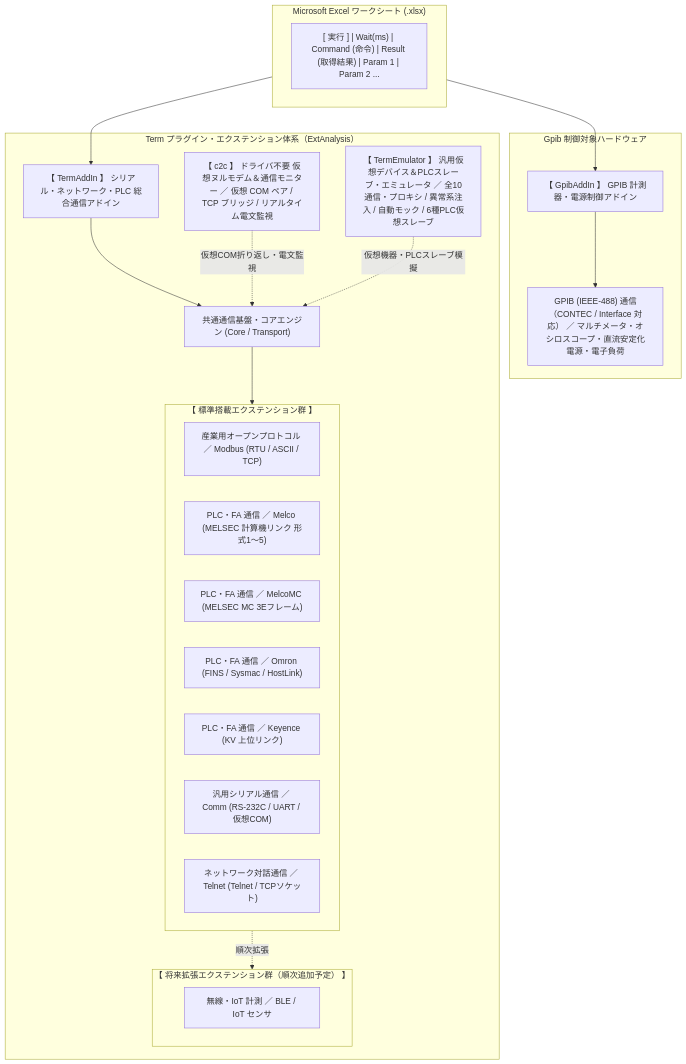
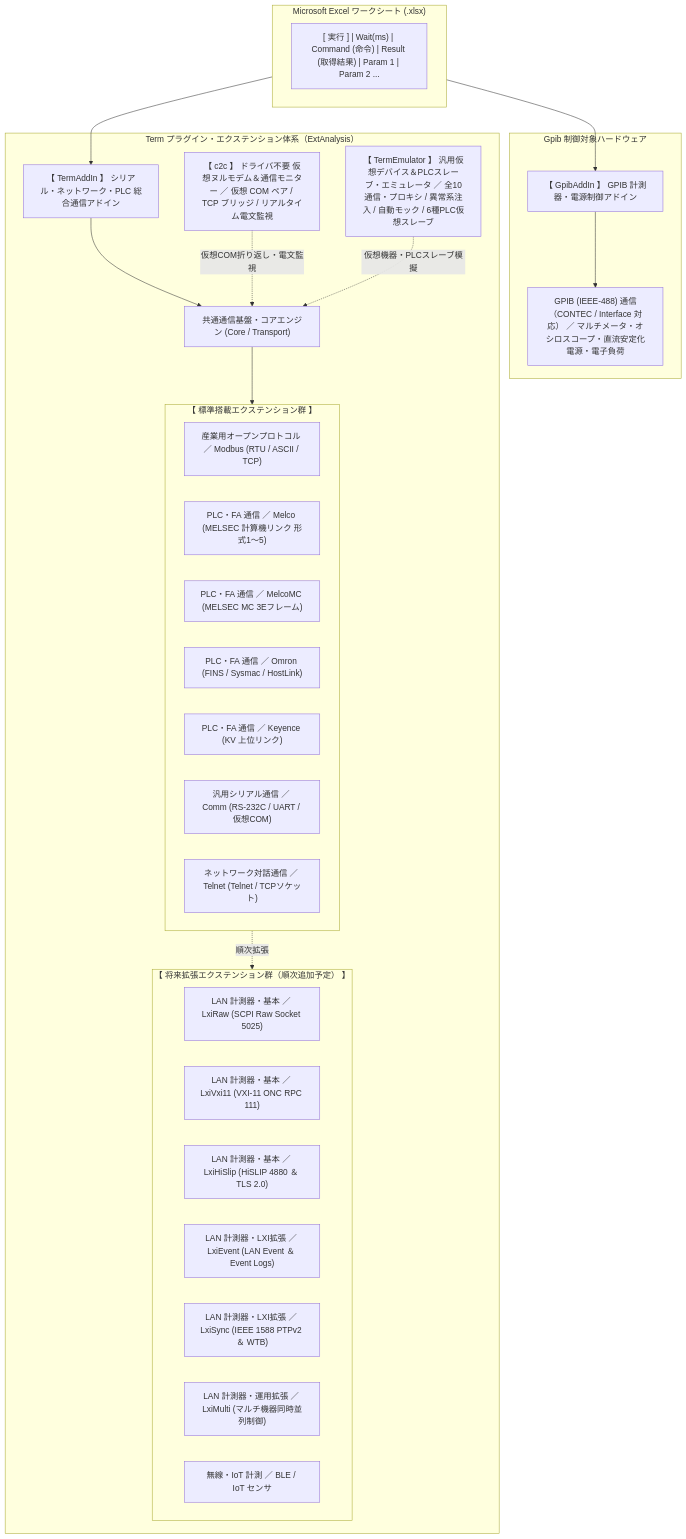
Before and after one commit to Monaca-App/store: the diagram in README.md, drawn with Mermaid. The commit also changed other lines of this file, not shown here.

````diff
--- a/README.md
+++ b/README.md
@@ -22,38 +22,44 @@
 ```mermaid
 flowchart TD
     subgraph Excel ["Microsoft Excel ワークシート (.xlsx)"]
         Row["[ 実行 ] | Wait(ms) | Command (命令) | Result (取得結果) | Param 1 | Param 2 ..."]
     end
 
     Excel --> Gpib["【 GpibAddIn 】 GPIB 計測器・電源制御アドイン"]
     Excel --> Term["【 TermAddIn 】 シリアル・ネットワーク・PLC 総合通信アドイン"]
 
     subgraph GpibDetails ["Gpib 制御対象ハードウェア"]
         Gpib --> GpibDev["GPIB (IEEE-488) 通信（CONTEC / Interface 対応） ／ マルチメータ・オシロスコープ・直流安定化電源・電子負荷"]
     end
 
     subgraph TermArchitecture ["Term プラグイン・エクステンション体系（ExtAnalysis）"]
         Term --> TermCore["共通通信基盤・コアエンジン (Core / Transport)"]
         C2C["【 c2c 】 ドライバ不要 仮想ヌルモデム＆通信モニター ／ 仮想 COM ペア / TCP ブリッジ / リアルタイム電文監視"] -. 仮想COM折り返し・電文監視 .-> TermCore
         TermEmu["【 TermEmulator 】 汎用仮想デバイス＆PLCスレーブ・エミュレータ ／ 全10通信・プロキシ / 異常系注入 / 自動モック / 6種PLC仮想スレーブ"] -. 仮想機器・PLCスレーブ模擬 .-> TermCore
 
         TermCore --> ExtStandard
         ExtStandard -. 順次拡張 .-> ExtFuture
 
         subgraph ExtStandard ["【 標準搭載エクステンション群 】"]
             direction LR
             Modbus["産業用オープンプロトコル ／ Modbus (RTU / ASCII / TCP)"]
             Melco["PLC・FA 通信 ／ Melco (MELSEC 計算機リンク 形式1〜5)"]
             MelcoMC["PLC・FA 通信 ／ MelcoMC (MELSEC MC 3Eフレーム)"]
             OMRON["PLC・FA 通信 ／ Omron (FINS / Sysmac / HostLink)"]
             KEYENCE["PLC・FA 通信 ／ Keyence (KV 上位リンク)"]
             Comm["汎用シリアル通信 ／ Comm (RS-232C / UART / 仮想COM)"]
             Telnet["ネットワーク対話通信 ／ Telnet (Telnet / TCPソケット)"]
         end
 
         subgraph ExtFuture ["【 将来拡張エクステンション群（順次追加予定） 】"]
             direction LR
+            LxiRaw["LAN 計測器・基本 ／ LxiRaw (SCPI Raw Socket 5025)"]
+            LxiVxi11["LAN 計測器・基本 ／ LxiVxi11 (VXI-11 ONC RPC 111)"]
+            LxiHiSlip["LAN 計測器・基本 ／ LxiHiSlip (HiSLIP 4880 ＆ TLS 2.0)"]
+            LxiEvent["LAN 計測器・LXI拡張 ／ LxiEvent (LAN Event ＆ Event Logs)"]
+            LxiSync["LAN 計測器・LXI拡張 ／ LxiSync (IEEE 1588 PTPv2 ＆ WTB)"]
+            LxiMulti["LAN 計測器・運用拡張 ／ LxiMulti (マルチ機器同時並列制御)"]
             IoT["無線・IoT 計測 ／ BLE / IoT センサ"]
         end
     end
 ```
````
